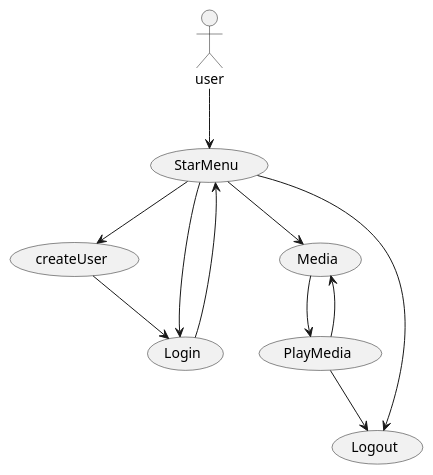
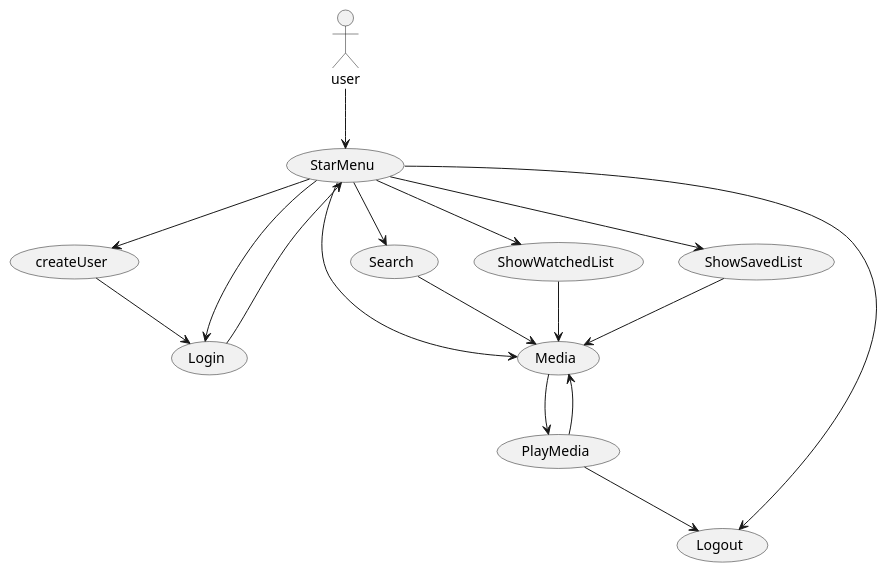
Before and after one commit to Madihakhan1/SP3: the diagram in .idea/Doc/UseCase.puml, drawn with PlantUML. The commit also changed 2 other files, not shown here.

```diff
--- a/.idea/Doc/UseCase.puml
+++ b/.idea/Doc/UseCase.puml
@@ -1,24 +1,35 @@
 @startuml
 'https://plantuml.com/use-case-diagram
 
   actor user
 
   usecase "createUser" as UC3
   usecase "StarMenu" as UC1
   usecase "Login" as UC5
   usecase "Media" as UC2
   usecase "PlayMedia" as UC4
   usecase "Logout" as UC6
+  usecase "Search" as UC7
+  usecase "ShowWatchedList" as UC8
+  usecase "ShowSavedList" as UC9
+
 
 user --> UC1
 UC1 --> UC3
 UC3 --> UC5
 UC1 --> UC5
 UC1 --> UC2
 UC2 --> UC4
 UC4 --> UC2
 UC4 --> UC6
 UC1 --> UC6
 UC5 --> UC1
+UC1 --> UC7
+UC1 --> UC8
+UC1 --> UC9
+UC7 --> UC2
+UC8 --> UC2
+UC9 --> UC2
+
 
 @enduml
```
